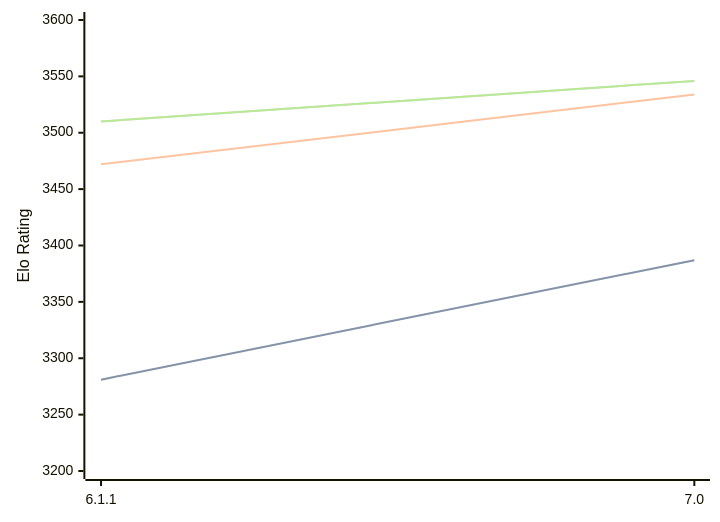
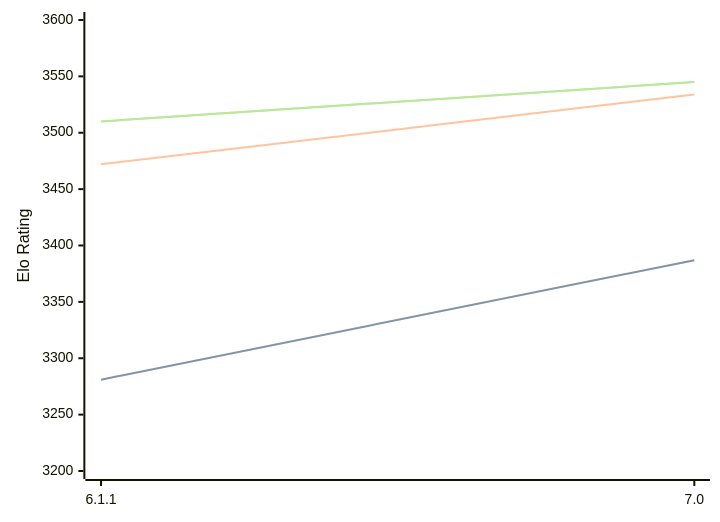
Before and after one commit to computer-chess-index/cci: the diagram in engines/Astra.md, drawn with Mermaid. The commit also changed other lines of this file, not shown here.

Commit message:
Update CCI Ratings (ELO VLTC) - 2026-08-24

````diff
--- a/engines/Astra.md
+++ b/engines/Astra.md
@@ -32,11 +32,11 @@
 ```mermaid
 %%{init: {"theme":"base","themeVariables":{"seriesColors:['#a3a3a3','#222221','#faa371']}}}%%
 xychart-beta
   x-axis ["6.1.1", "7.0"]
   y-axis "Elo Rating" 3200 --> 3600
   line "STC (8.0+0.08s)" [3281, 3387]
   line "STC (8.0+0.08s)" [3281, 3387]
   line "LTC (60.0+0.60s)" [3472, 3534]
-  line "VLTC (2m24s+1.12s)" [3510, 3546]
-  line "VLTC (2m24s+1.12s)" [3510, 3546]
+  line "VLTC (2m24s+1.12s)" [3510, 3545]
+  line "VLTC (2m24s+1.12s)" [3510, 3545]
 ```
````
